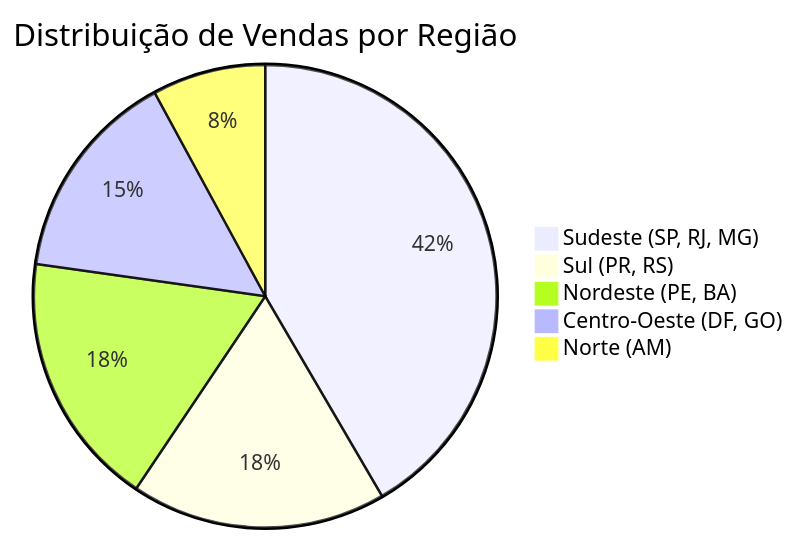
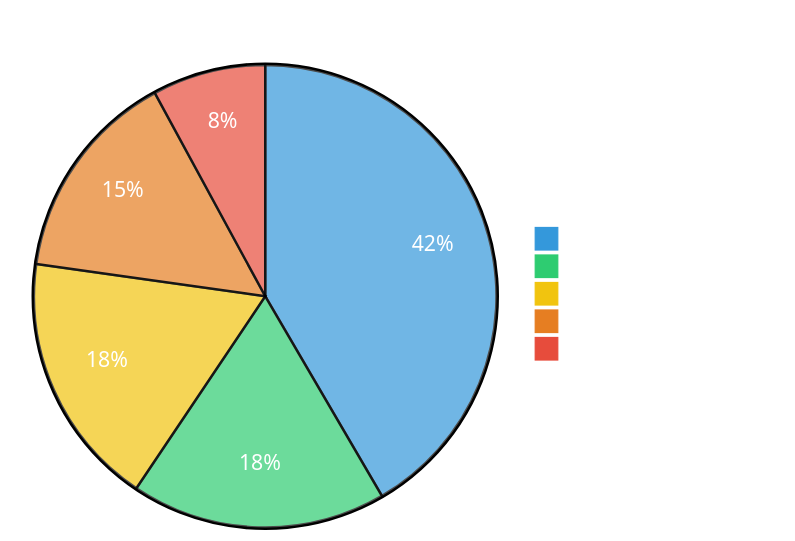
The third of 5 diagrams in docs/banco-de-dados.md (Igor-Scalzer010/Sales-Analytics), drawn with Mermaid before and after one commit. The commit also changed other lines of this file, not shown here.

Commit message:
Ajustando a formatação dos diagramas no documento de banco de dados: alterando a sintaxe para melhorar a legibilidade e adicionando configurações de tema para os gráficos.

````diff
--- a/docs/banco-de-dados.md
+++ b/docs/banco-de-dados.md
@@ -369,8 +369,10 @@
 ```mermaid
+%%{init: {"theme": "base", "themeVariables": {"pie1": "#3498db", "pie2": "#2ecc71", "pie3": "#f1c40f", "pie4": "#e67e22", "pie5": "#e74c3c", "pieTitleTextColor": "#ffffff", "pieLegendTextColor": "#ffffff", "pieSectionTextColor": "#ffffff"}}}%%
+
 pie title Distribuição de Vendas por Região
     "Sudeste (SP, RJ, MG)" : 42
     "Sul (PR, RS)" : 18
     "Nordeste (PE, BA)" : 18
     "Centro-Oeste (DF, GO)" : 15
     "Norte (AM)" : 8
 ```
````
